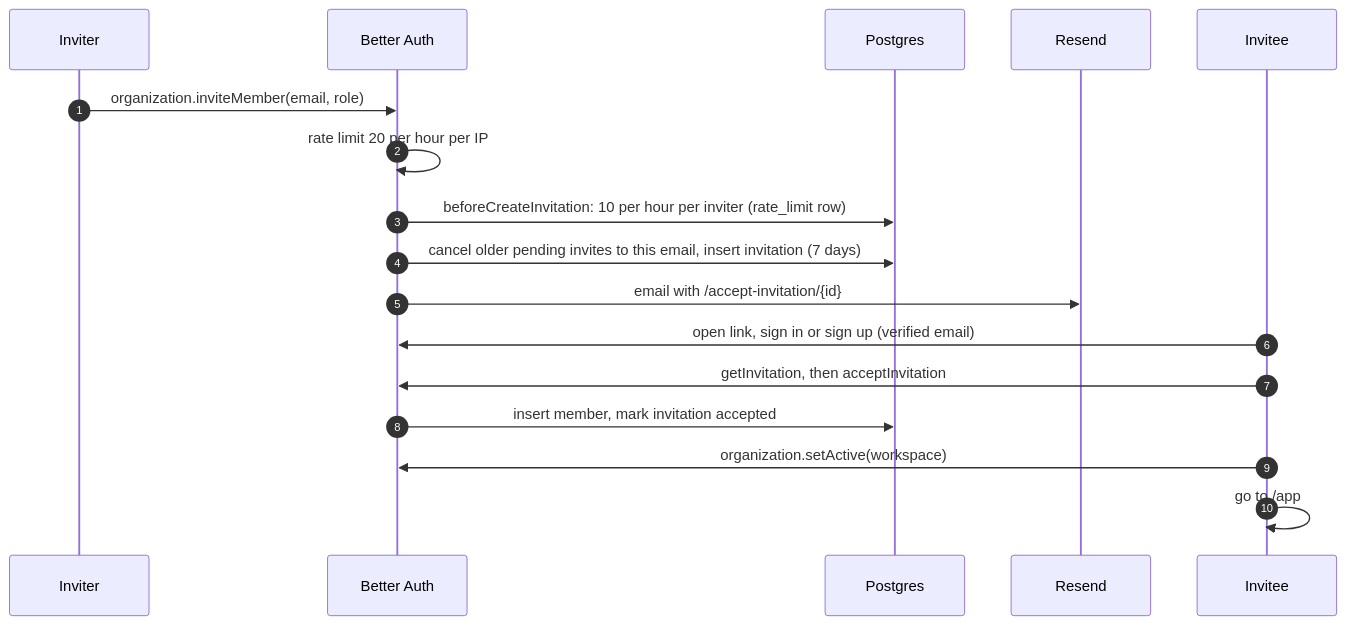
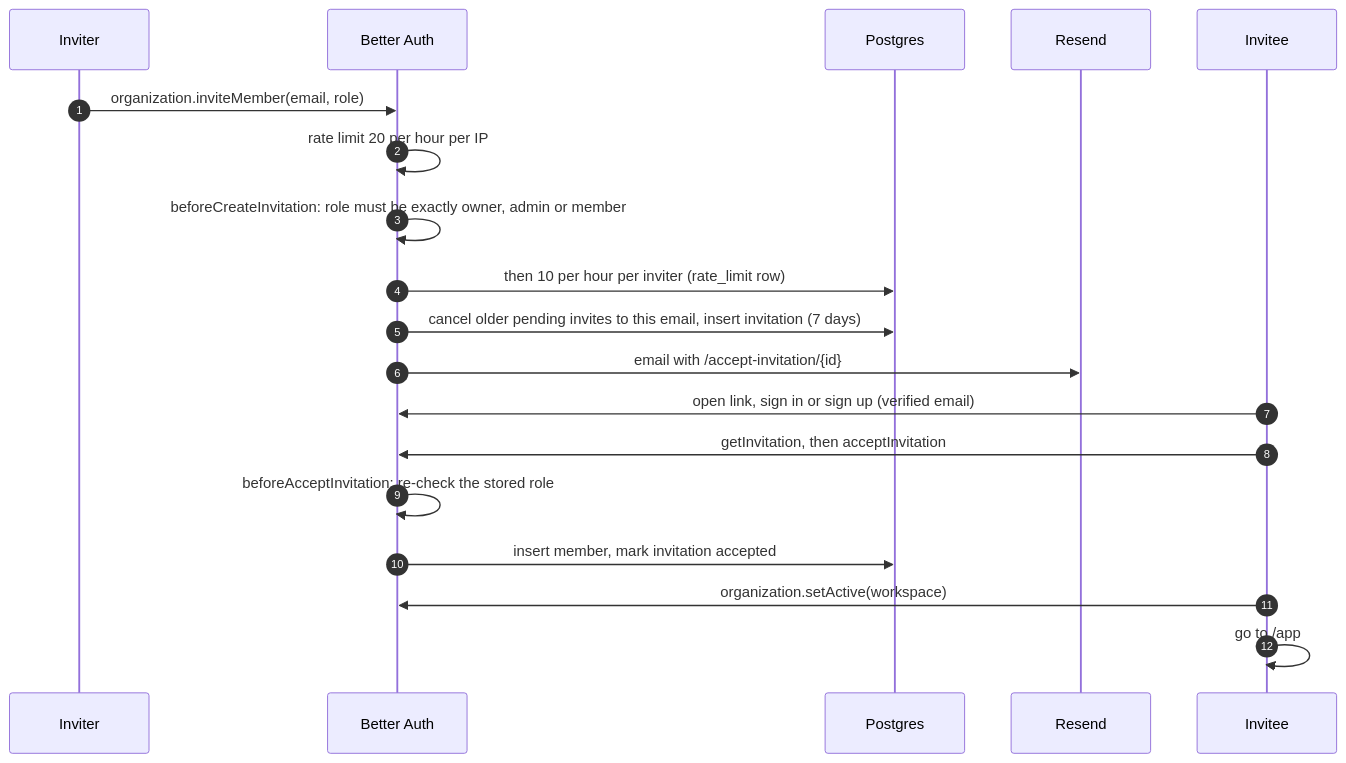
One commit to bhimrazy/receipt-ocr-app changed the fourth of 4 diagrams in docs/architecture/flows/auth.md. Above: the diagram before and after it, drawn with Mermaid. The commit also changed other lines of this file and 9 other files, not shown here.

First line of the commit message:
docs(architecture): apply accuracy review, cover #31 and #32

````diff
--- a/docs/architecture/flows/auth.md
+++ b/docs/architecture/flows/auth.md
@@ -122,20 +123,22 @@
 ```mermaid
 sequenceDiagram
   autonumber
   participant I as Inviter
   participant BA as Better Auth
   participant DB as Postgres
   participant M as Resend
   participant N as Invitee
 
   I->>BA: organization.inviteMember(email, role)
   BA->>BA: rate limit 20 per hour per IP
-  BA->>DB: beforeCreateInvitation: 10 per hour per inviter (rate_limit row)
+  BA->>BA: beforeCreateInvitation: role must be exactly owner, admin or member
+  BA->>DB: then 10 per hour per inviter (rate_limit row)
   BA->>DB: cancel older pending invites to this email, insert invitation (7 days)
   BA->>M: email with /accept-invitation/{id}
   N->>BA: open link, sign in or sign up (verified email)
   N->>BA: getInvitation, then acceptInvitation
+  BA->>BA: beforeAcceptInvitation: re-check the stored role
   BA->>DB: insert member, mark invitation accepted
   N->>BA: organization.setActive(workspace)
   N->>N: go to /app
 ```
````
